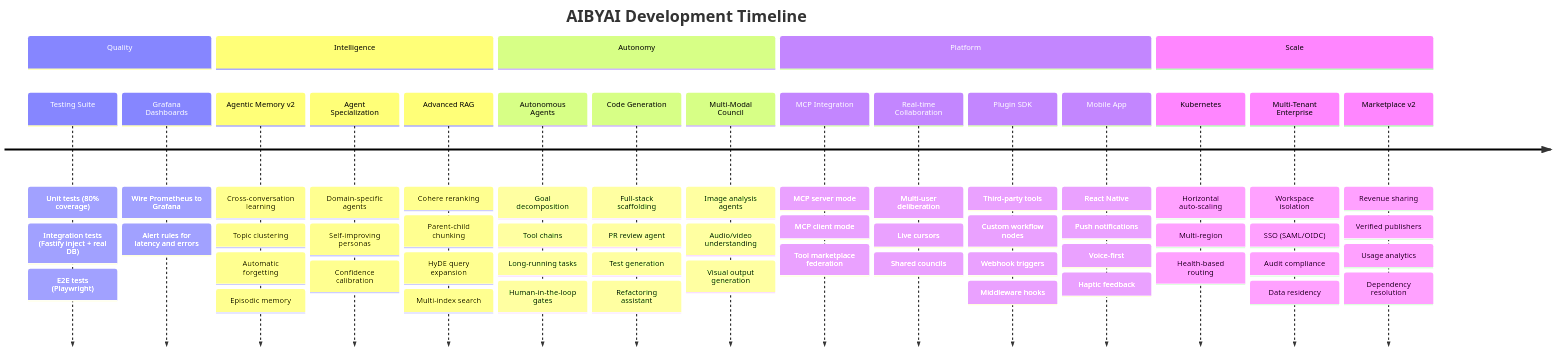
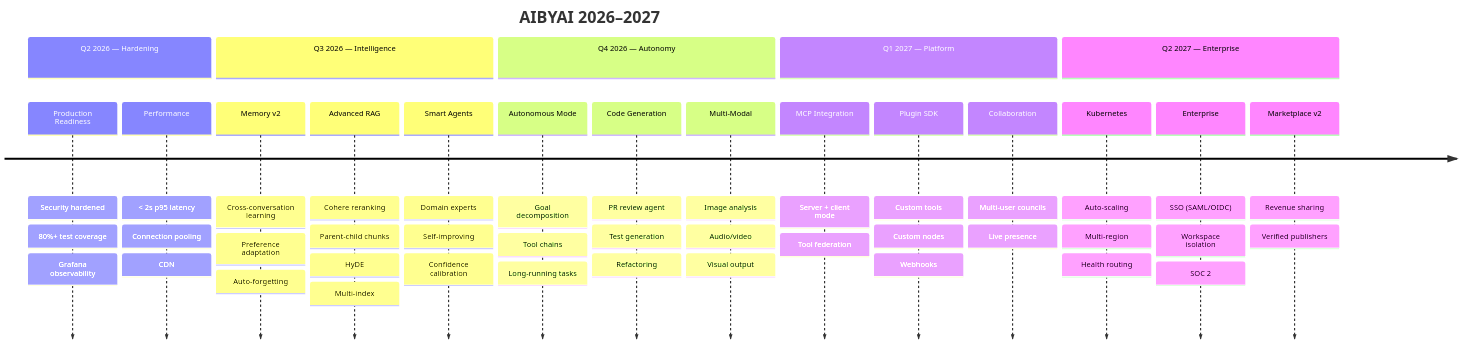
The diagram in ROADMAP.md (Yash-Awasthi/Judica), drawn with Mermaid before and after one commit. The commit also changed other lines of this file, not shown here.

First line of the commit message:
docs(roadmap): strip completed migrations, keep only future — in a coconut

````diff
--- a/ROADMAP.md
+++ b/ROADMAP.md
@@ -63,24 +15,23 @@
 ```mermaid
 timeline
-    title AIBYAI Development Timeline
-    section Quality
-        Testing Suite : Unit tests (80% coverage) : Integration tests (Fastify inject + real DB) : E2E tests (Playwright)
-        Grafana Dashboards : Wire Prometheus to Grafana : Alert rules for latency and errors
-    section Intelligence
-        Agentic Memory v2 : Cross-conversation learning : Topic clustering : Automatic forgetting : Episodic memory
-        Agent Specialization : Domain-specific agents : Self-improving personas : Confidence calibration
-        Advanced RAG : Cohere reranking : Parent-child chunking : HyDE query expansion : Multi-index search
-    section Autonomy
-        Autonomous Agents : Goal decomposition : Tool chains : Long-running tasks : Human-in-the-loop gates
-        Code Generation : Full-stack scaffolding : PR review agent : Test generation : Refactoring assistant
-        Multi-Modal Council : Image analysis agents : Audio/video understanding : Visual output generation
-    section Platform
-        MCP Integration : MCP server mode : MCP client mode : Tool marketplace federation
-        Real-time Collaboration : Multi-user deliberation : Live cursors : Shared councils
-        Plugin SDK : Third-party tools : Custom workflow nodes : Webhook triggers : Middleware hooks
-        Mobile App : React Native : Push notifications : Voice-first : Haptic feedback
-    section Scale
-        Kubernetes : Horizontal auto-scaling : Multi-region : Health-based routing
-        Multi-Tenant Enterprise : Workspace isolation : SSO (SAML/OIDC) : Audit compliance : Data residency
-        Marketplace v2 : Revenue sharing : Verified publishers : Usage analytics : Dependency resolution
+    title AIBYAI 2026–2027
+    section Q2 2026 — Hardening
+        Production Readiness : Security hardened : 80%+ test coverage : Grafana observability
+        Performance : < 2s p95 latency : Connection pooling : CDN
+    section Q3 2026 — Intelligence
+        Memory v2 : Cross-conversation learning : Preference adaptation : Auto-forgetting
+        Advanced RAG : Cohere reranking : Parent-child chunks : HyDE : Multi-index
+        Smart Agents : Domain experts : Self-improving : Confidence calibration
+    section Q4 2026 — Autonomy
+        Autonomous Mode : Goal decomposition : Tool chains : Long-running tasks
+        Code Generation : PR review agent : Test generation : Refactoring
+        Multi-Modal : Image analysis : Audio/video : Visual output
+    section Q1 2027 — Platform
+        MCP Integration : Server + client mode : Tool federation
+        Plugin SDK : Custom tools : Custom nodes : Webhooks
+        Collaboration : Multi-user councils : Live presence
+    section Q2 2027 — Enterprise
+        Kubernetes : Auto-scaling : Multi-region : Health routing
+        Enterprise : SSO (SAML/OIDC) : Workspace isolation : SOC 2
+        Marketplace v2 : Revenue sharing : Verified publishers
 ```
````
